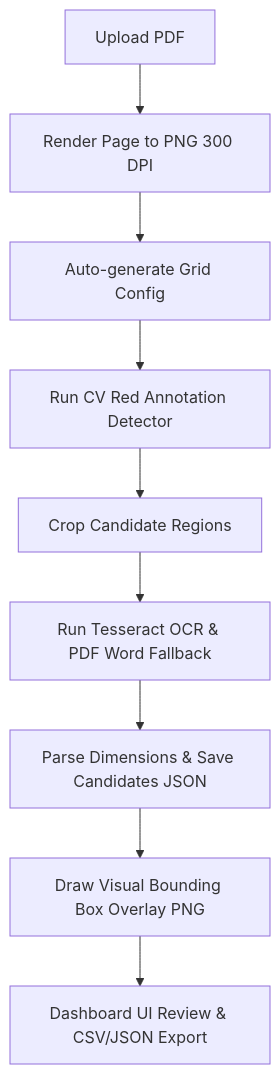
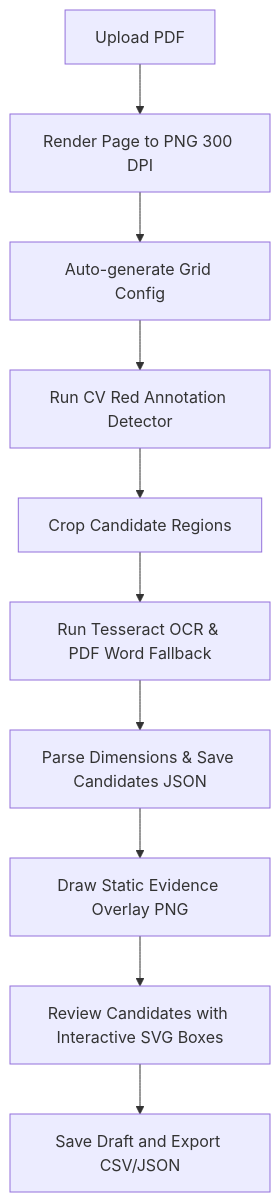
The diagram in README.md (yusufoemerkaratas/planfuge), drawn with Mermaid before and after one commit. The commit also changed other lines of this file, not shown here.

Commit message:
docs: update README for interactive review workflow

````diff
--- a/README.md
+++ b/README.md
@@ -81,11 +90,12 @@
 ```mermaid
 graph TD
     A[Upload PDF] --> B[Render Page to PNG 300 DPI]
     B --> C[Auto-generate Grid Config]
     C --> D[Run CV Red Annotation Detector]
     D --> E[Crop Candidate Regions]
     E --> F[Run Tesseract OCR & PDF Word Fallback]
     F --> G[Parse Dimensions & Save Candidates JSON]
-    G --> H[Draw Visual Bounding Box Overlay PNG]
-    H --> I[Dashboard UI Review & CSV/JSON Export]
+    G --> H[Draw Static Evidence Overlay PNG]
+    H --> I[Review Candidates with Interactive SVG Boxes]
+    I --> J[Save Draft and Export CSV/JSON]
 ```
````
